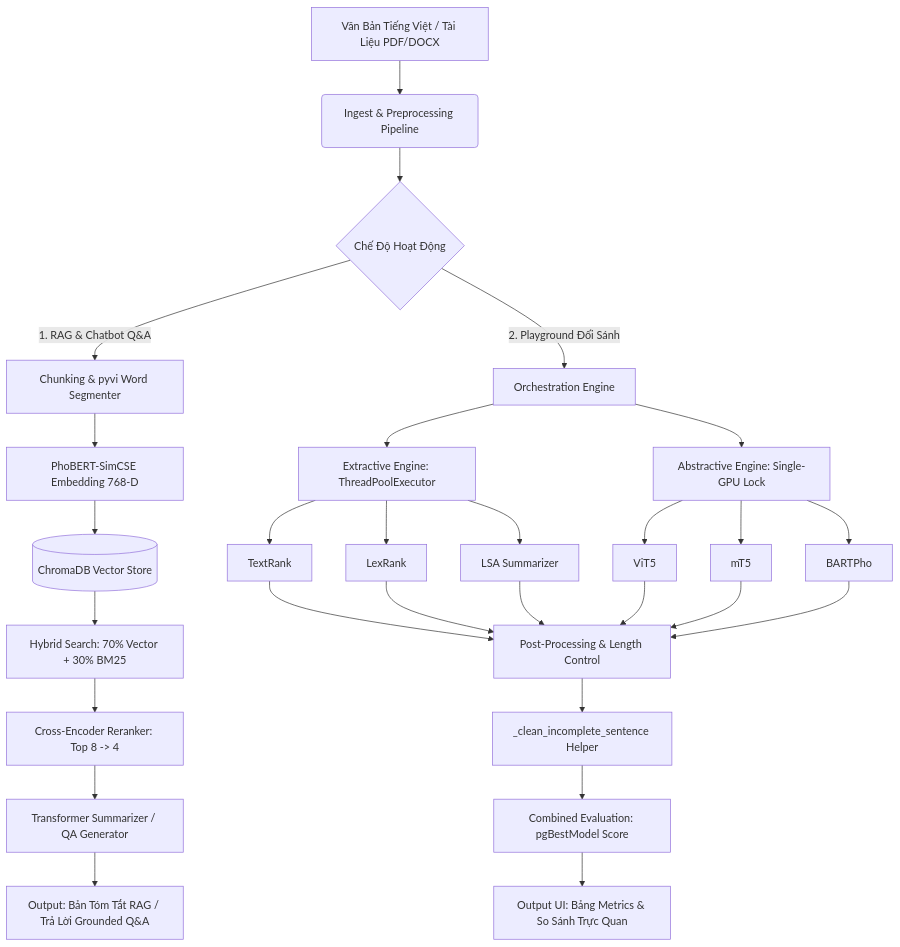
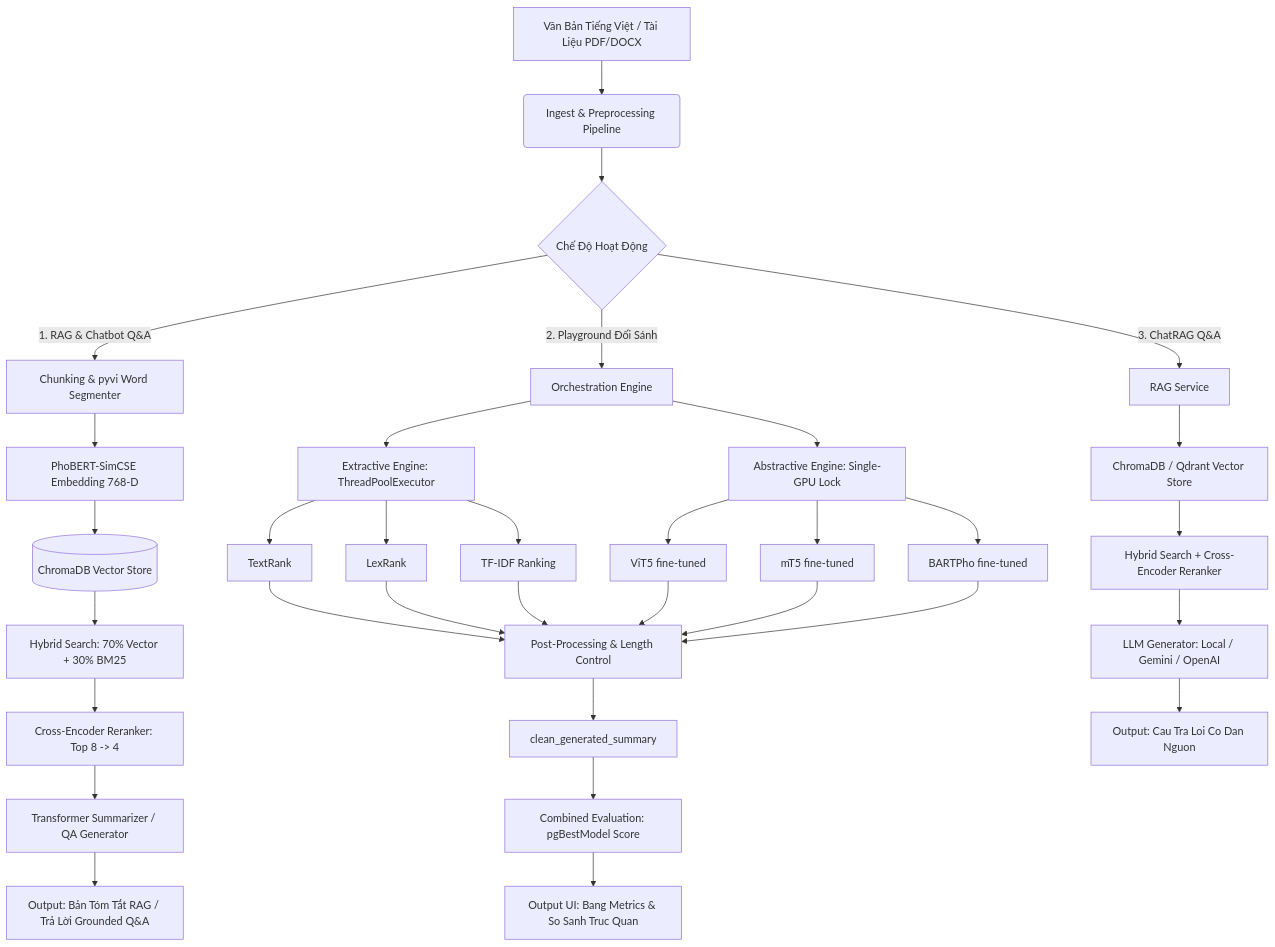
One commit to tuilatoan15/NLP-Text-Summarization-Transformer-System changed the diagram in README.md. Above: the diagram before and after it, drawn with Mermaid. The commit also changed other lines of this file and 76 other files, not shown here.

````diff
--- a/README.md
+++ b/README.md
@@ -20,33 +23,40 @@
 ```mermaid
 graph TD
     %% Input Layer
     A[Văn Bản Tiếng Việt / Tài Liệu PDF/DOCX] --> B(Ingest & Preprocessing Pipeline)
     B --> C{Chế Độ Hoạt Động}
     
     %% RAG Pathway
     C -->|1. RAG & Chatbot Q&A| D[Chunking & pyvi Word Segmenter]
     D --> E[PhoBERT-SimCSE Embedding 768-D]
     E --> F[(ChromaDB Vector Store)]
     F --> G[Hybrid Search: 70% Vector + 30% BM25]
     G --> H[Cross-Encoder Reranker: Top 8 -> 4]
     H --> I[Transformer Summarizer / QA Generator]
     I --> J[Output: Bản Tóm Tắt RAG / Trả Lời Grounded Q&A]
     
     %% Playground Pathway
     C -->|2. Playground Đối Sánh| K[Orchestration Engine]
     K --> L[Extractive Engine: ThreadPoolExecutor]
     K --> M[Abstractive Engine: Single-GPU Lock]
     
     L --> L1[TextRank]
     L --> L2[LexRank]
-    L --> L3[LSA Summarizer]
+    L --> L3[TF-IDF Ranking]
     
-    M --> M1[ViT5]
-    M --> M2[mT5]
-    M --> M3[BARTPho]
+    M --> M1[ViT5 fine-tuned]
+    M --> M2[mT5 fine-tuned]
+    M --> M3[BARTPho fine-tuned]
     
     L1 & L2 & L3 & M1 & M2 & M3 --> N[Post-Processing & Length Control]
-    N --> O[_clean_incomplete_sentence Helper]
+    N --> O[clean_generated_summary]
     O --> P[Combined Evaluation: pgBestModel Score]
-    P --> Q[Output UI: Bảng Metrics & So Sánh Trực Quan]
+    P --> Q[Output UI: Bang Metrics & So Sanh Truc Quan]
+    
+    %% ChatRAG Pathway
+    C -->|3. ChatRAG Q&A| R[RAG Service]
+    R --> S[ChromaDB / Qdrant Vector Store]
+    S --> T[Hybrid Search + Cross-Encoder Reranker]
+    T --> U[LLM Generator: Local / Gemini / OpenAI]
+    U --> V[Output: Cau Tra Loi Co Dan Nguon]
 ```
````
